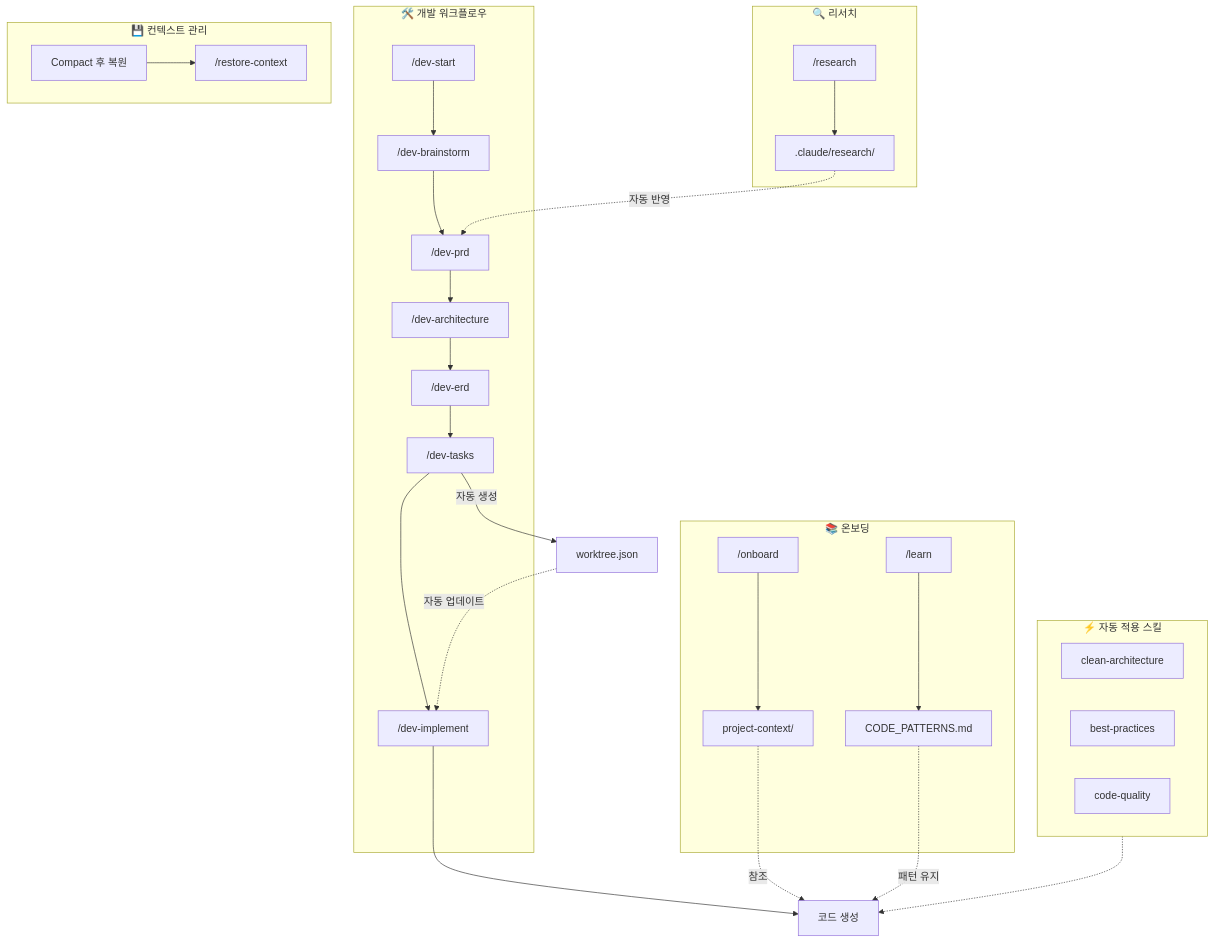
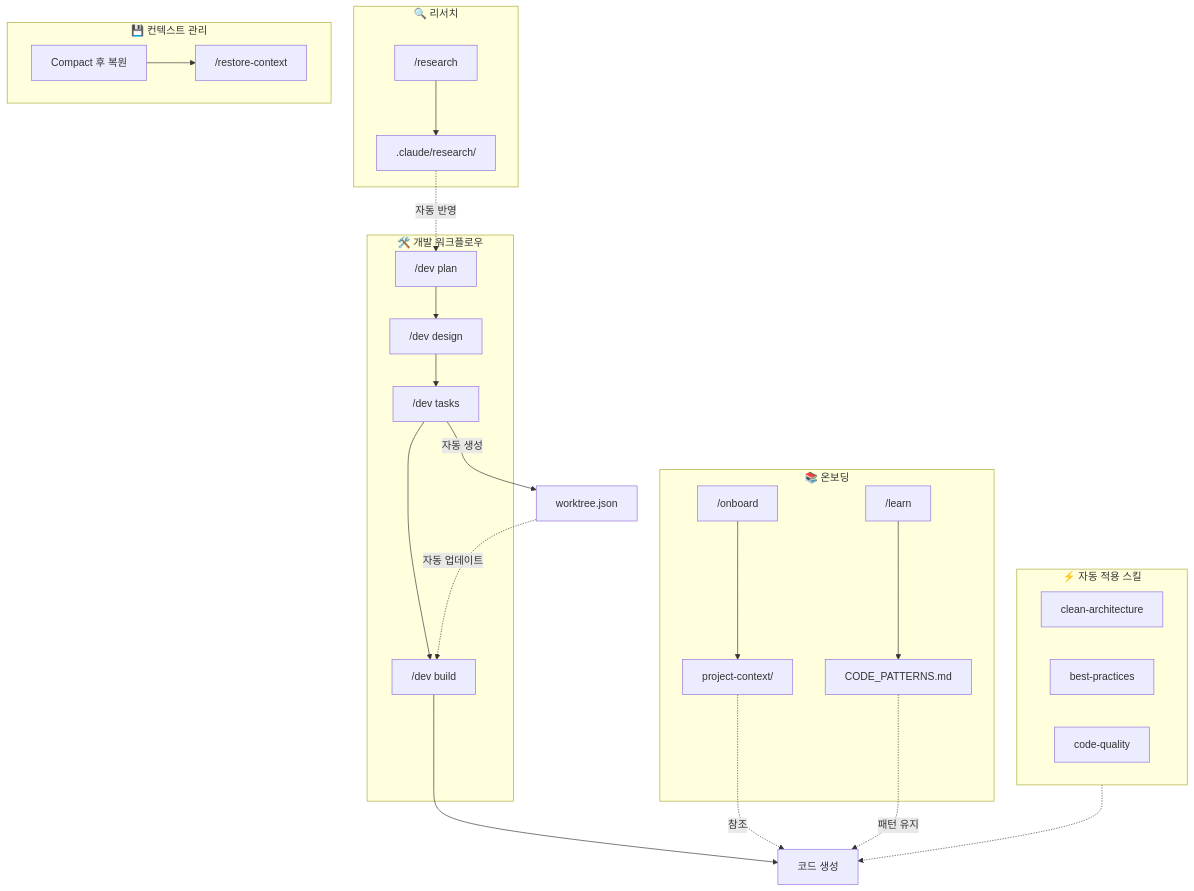
The second of 5 diagrams in README.md (Wondermove-Inc/calab-claude-plugin), drawn with Mermaid before and after one commit. The commit also changed other lines of this file and 36 other files, not shown here.

````diff
--- a/README.md
+++ b/README.md
@@ -55,40 +55,37 @@
 ```mermaid
 flowchart TB
     subgraph Research["🔍 리서치"]
         R1["/research"] --> R2[".claude/research/"]
     end
 
     subgraph Dev["🛠️ 개발 워크플로우"]
-        D1["/dev-start"] --> D2["/dev-brainstorm"]
-        D2 --> D3["/dev-prd"]
-        D3 --> D4["/dev-architecture"]
-        D4 --> D5["/dev-erd"]
-        D5 --> D6["/dev-tasks"]
-        D6 --> D7["/dev-implement"]
+        D1["/dev plan"] --> D2["/dev design"]
+        D2 --> D3["/dev tasks"]
+        D3 --> D4["/dev build"]
     end
 
     subgraph Onboard["📚 온보딩"]
         O1["/onboard"] --> O2["project-context/"]
         O3["/learn"] --> O4["CODE_PATTERNS.md"]
     end
 
     subgraph Context["💾 컨텍스트 관리"]
         C1["/restore-context"]
         C2["Compact 후 복원"]
     end
 
     subgraph Skills["⚡ 자동 적용 스킬"]
         S1["clean-architecture"]
         S2["best-practices"]
         S3["code-quality"]
     end
 
-    R2 -.->|자동 반영| D3
-    D6 -->|자동 생성| W1["worktree.json"]
-    W1 -.->|자동 업데이트| D7
-    D7 --> Code["코드 생성"]
+    R2 -.->|자동 반영| D1
+    D3 -->|자동 생성| W1["worktree.json"]
+    W1 -.->|자동 업데이트| D4
+    D4 --> Code["코드 생성"]
     Skills -.-> Code
     O2 -.->|참조| Code
     O4 -.->|패턴 유지| Code
     C2 --> C1
 ```
````
